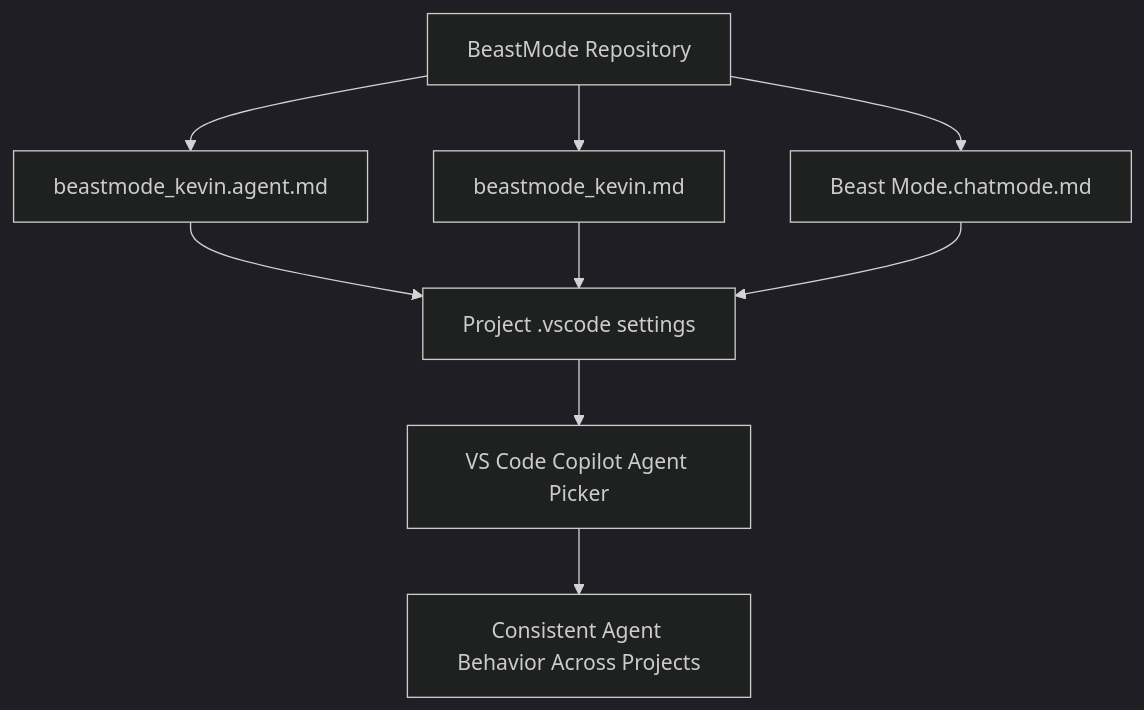
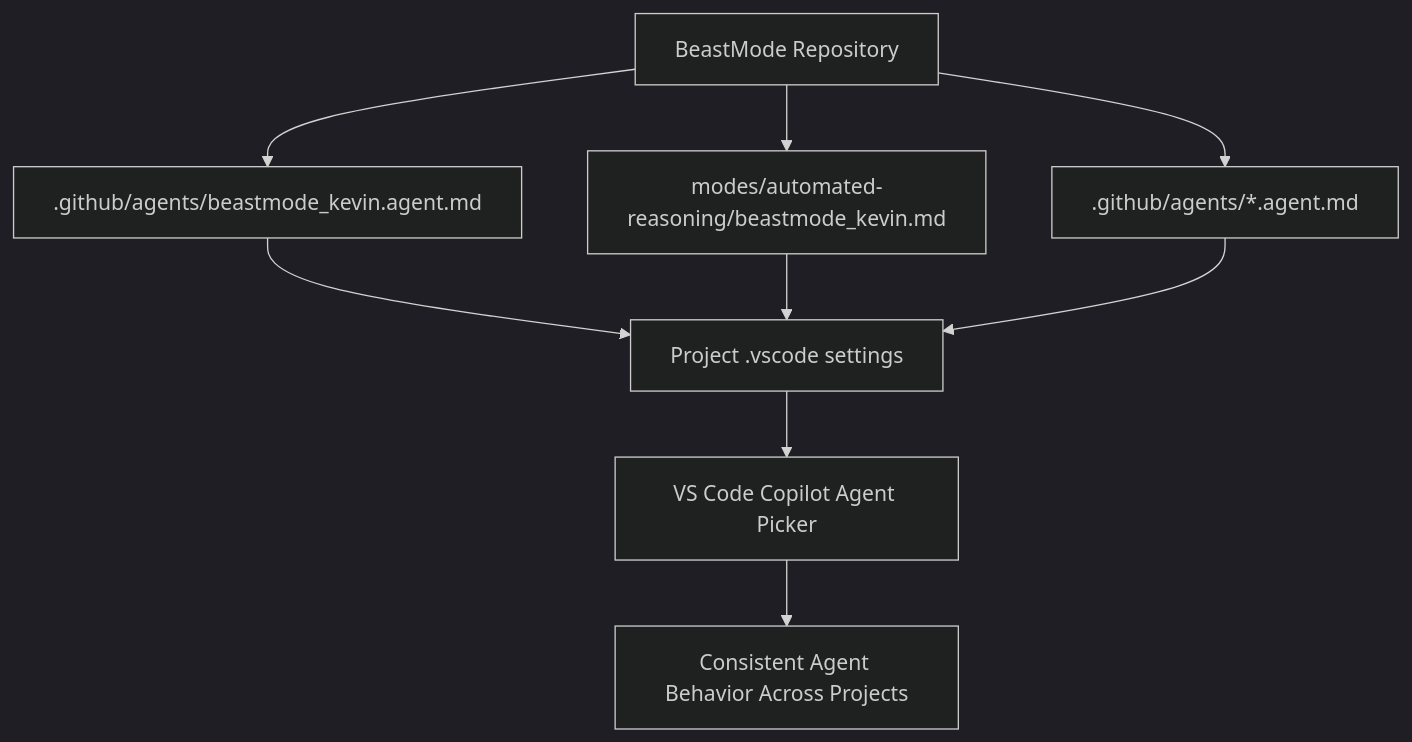
One commit to hkevin01/BeastMode changed the first of 4 diagrams in README.md. Above: the diagram before and after it, drawn with Mermaid (dark theme). The commit also changed other lines of this file, not shown here.

Commit message:
Refine README.md for clarity on agent file formats and repository structure

````diff
--- a/README.md
+++ b/README.md
@@ -206,11 +206,11 @@
 ```mermaid
 flowchart TD
-  A[BeastMode Repository] --> B[beastmode_kevin.agent.md]
-  A --> C[beastmode_kevin.md]
-  A --> D[Beast Mode.chatmode.md]
+  A[BeastMode Repository] --> B[.github/agents/beastmode_kevin.agent.md]
+  A --> C[modes/automated-reasoning/beastmode_kevin.md]
+  A --> D[.github/agents/*.agent.md]
   B --> E[Project .vscode settings]
   C --> E
   D --> E
   E --> F[VS Code Copilot Agent Picker]
   F --> G[Consistent Agent Behavior Across Projects]
 ```
````
